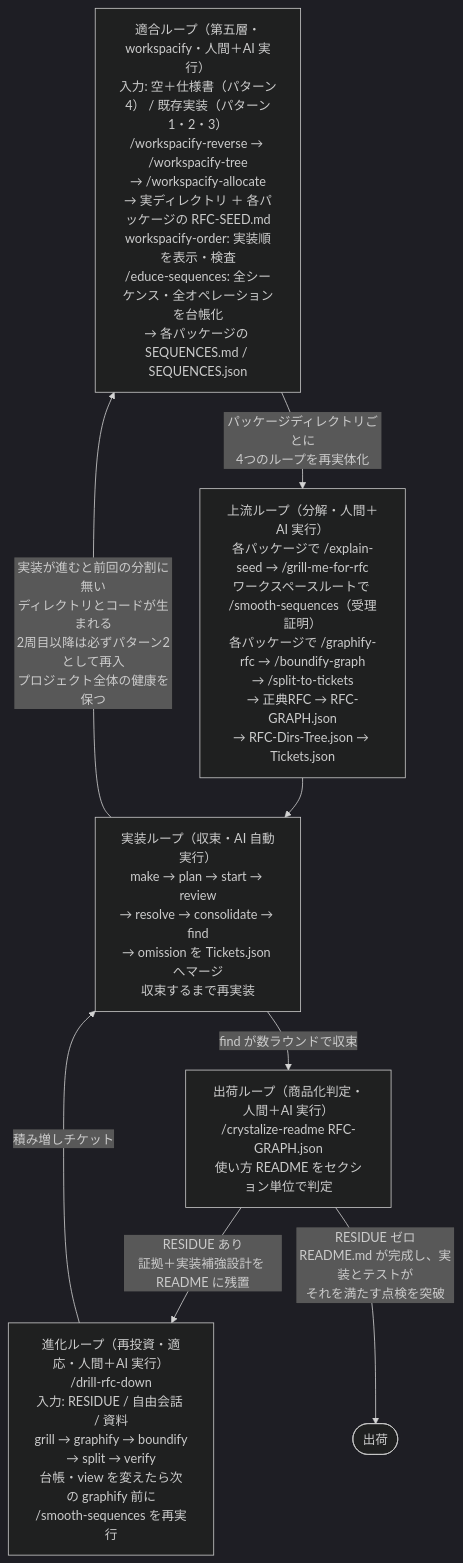
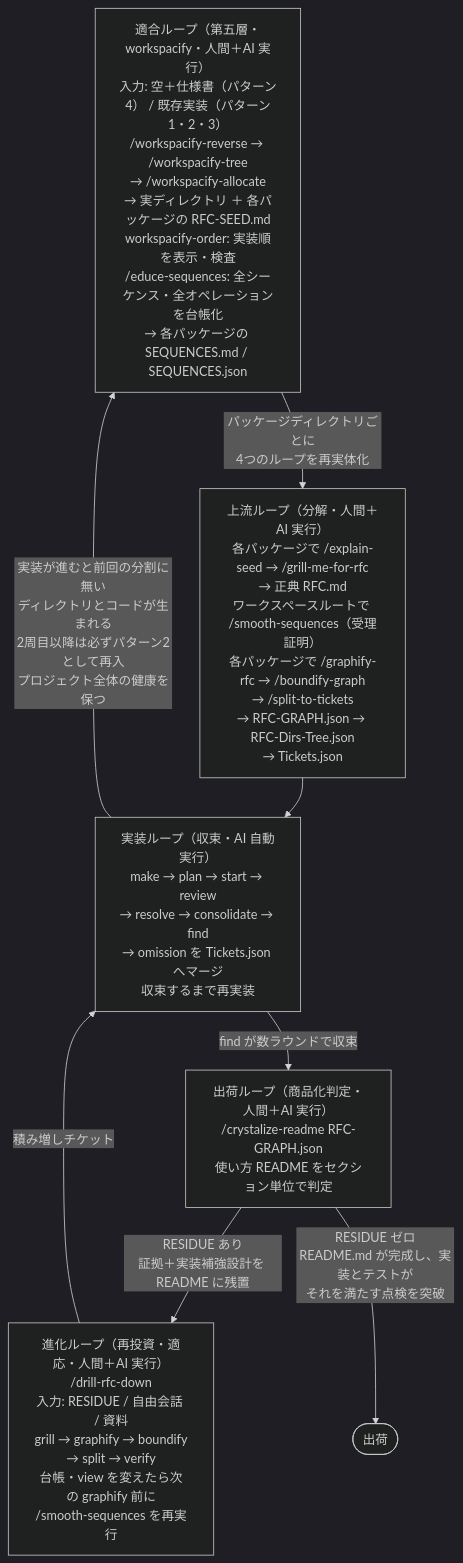
Before and after one commit to t-kawata/zasso: the first of 7 diagrams in tools/conver/README.md, drawn with Mermaid (dark theme). The commit also changed other lines of this file and 4 other files, not shown here.

````diff
--- a/tools/conver/README.md
+++ b/tools/conver/README.md
@@ -25,16 +25,16 @@
 ```mermaid
 flowchart TD
     L5["適合ループ（第五層・workspacify・人間＋AI 実行）<br/>入力: 空＋仕様書（パターン4） / 既存実装（パターン1・2・3）<br/>/workspacify-reverse → /workspacify-tree<br/>→ /workspacify-allocate<br/>→ 実ディレクトリ ＋ 各パッケージの RFC-SEED.md<br/>workspacify-order: 実装順を表示・検査<br/>/educe-sequences: 全シーケンス・全オペレーションを台帳化<br/>→ 各パッケージの SEQUENCES.md / SEQUENCES.json"]
-    UP["上流ループ（分解・人間＋AI 実行）<br/>各パッケージで /explain-seed → /grill-me-for-rfc<br/>ワークスペースルートで /smooth-sequences（受理証明）<br/>各パッケージで /graphify-rfc → /boundify-graph<br/>→ /split-to-tickets<br/>→ 正典RFC → RFC-GRAPH.json<br/>→ RFC-Dirs-Tree.json → Tickets.json"]
+    UP["上流ループ（分解・人間＋AI 実行）<br/>各パッケージで /explain-seed → /grill-me-for-rfc<br/>→ 正典 RFC.md<br/>ワークスペースルートで /smooth-sequences（受理証明）<br/>各パッケージで /graphify-rfc → /boundify-graph<br/>→ /split-to-tickets<br/>→ RFC-GRAPH.json → RFC-Dirs-Tree.json<br/>→ Tickets.json"]
     IM["実装ループ（収束・AI 自動実行）<br/>make → plan → start → review<br/>→ resolve → consolidate → find<br/>→ omission を Tickets.json へマージ<br/>収束するまで再実装"]
     SH["出荷ループ（商品化判定・人間＋AI 実行）<br/>/crystalize-readme RFC-GRAPH.json<br/>使い方 README をセクション単位で判定"]
     EV["進化ループ（再投資・適応・人間＋AI 実行）<br/>/drill-rfc-down<br/>入力: RESIDUE / 自由会話 / 資料<br/>grill → graphify → boundify<br/>→ split → verify<br/>台帳・view を変えたら次の graphify 前に<br/>/smooth-sequences を再実行"]
 
     L5 -->|パッケージディレクトリごとに<br/>4つのループを再実体化| UP
     UP --> IM
     IM -->|find が数ラウンドで収束| SH
     SH -->|RESIDUE あり<br/>証拠＋実装補強設計を README に残置| EV
     EV -->|積み増しチケット| IM
     IM -->|実装が進むと前回の分割に無い<br/>ディレクトリとコードが生まれる<br/>2周目以降は必ずパターン2として再入<br/>プロジェクト全体の健康を保つ| L5
     SH -->|RESIDUE ゼロ<br/>README.md が完成し、実装とテストが<br/>それを満たす点検を突破| SHIPPED(["出荷"])
 ```
````
